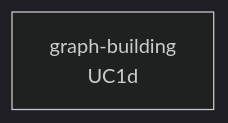
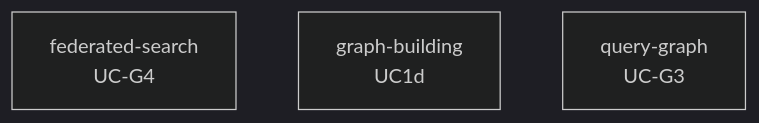
One commit to Jake36999/Librarian_V2 changed the diagram in reports/2026-11-25-systems-analysis-finalisation/geo-grapher/as-is/composition.md. Above: the diagram before and after it, drawn with Mermaid (dark theme). The commit also changed other lines of this file and 36 other files, not shown here.

First line of the commit message:
Geo-Grapher mapped as it is, and as proposed

````diff
--- a/reports/2026-11-25-systems-analysis-finalisation/geo-grapher/as-is/composition.md
+++ b/reports/2026-11-25-systems-analysis-finalisation/geo-grapher/as-is/composition.md
@@ -5,4 +5,6 @@
 ```mermaid
 flowchart TD
+  federated_search["federated-search<br/>UC-G4"]
   graph_building["graph-building<br/>UC1d"]
+  query_graph["query-graph<br/>UC-G3"]
 ```
````
